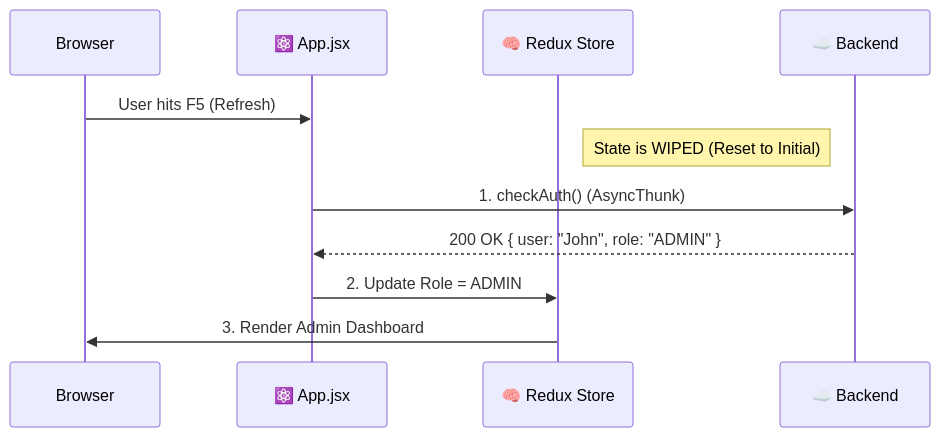
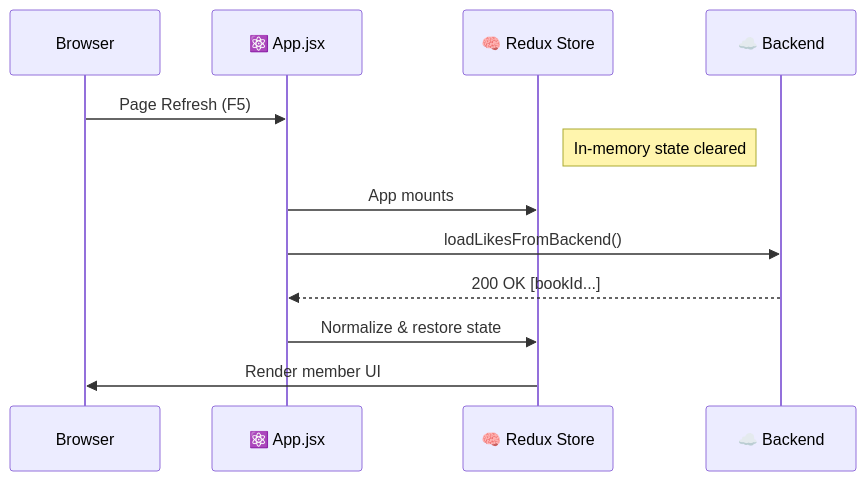
The diagram in docs/FRONTEND_REDUX.md (JBzZoN/Bookstack), drawn with Mermaid before and after one commit. The commit also changed other lines of this file and 13 other files, not shown here.

````diff
--- a/docs/FRONTEND_REDUX.md
+++ b/docs/FRONTEND_REDUX.md
@@ -21,16 +56,18 @@
 ```mermaid
 sequenceDiagram
     participant Browser
     participant App as ⚛️ App.jsx
     participant Redux as 🧠 Redux Store
     participant API as ☁️ Backend
 
-    Browser->>App: User hits F5 (Refresh)
-    Note right of Redux: State is WIPED (Reset to Initial)
-    
-    App->>API: 1. checkAuth() (AsyncThunk)
-    API-->>App: 200 OK { user: "John", role: "ADMIN" }
-    
-    App->>Redux: 2. Update Role = ADMIN
-    Redux->>Browser: 3. Render Admin Dashboard
+    Browser->>App: Page Refresh (F5)
+    Note right of Redux: In‑memory state cleared
+
+    App->>Redux: App mounts
+    App->>API: loadLikesFromBackend()
+
+    API-->>App: 200 OK [bookId...]
+    App->>Redux: Normalize & restore state
+
+    Redux->>Browser: Render member UI
 ```
````
